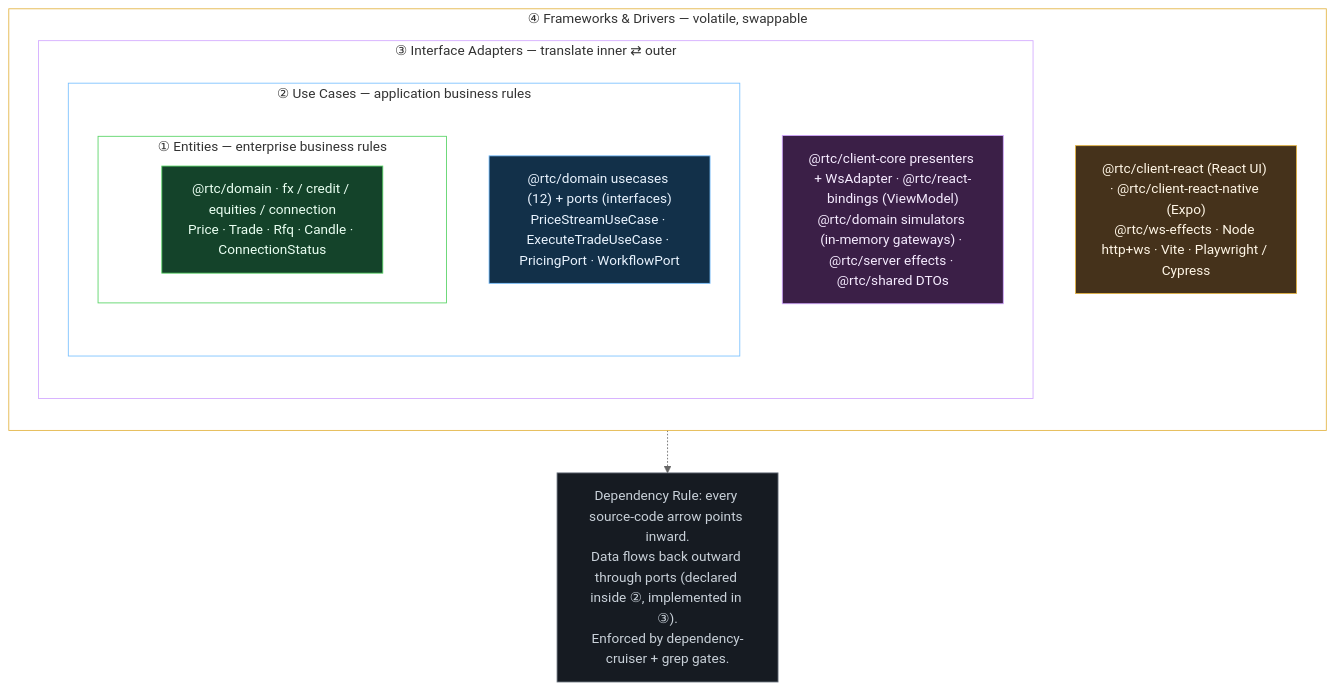
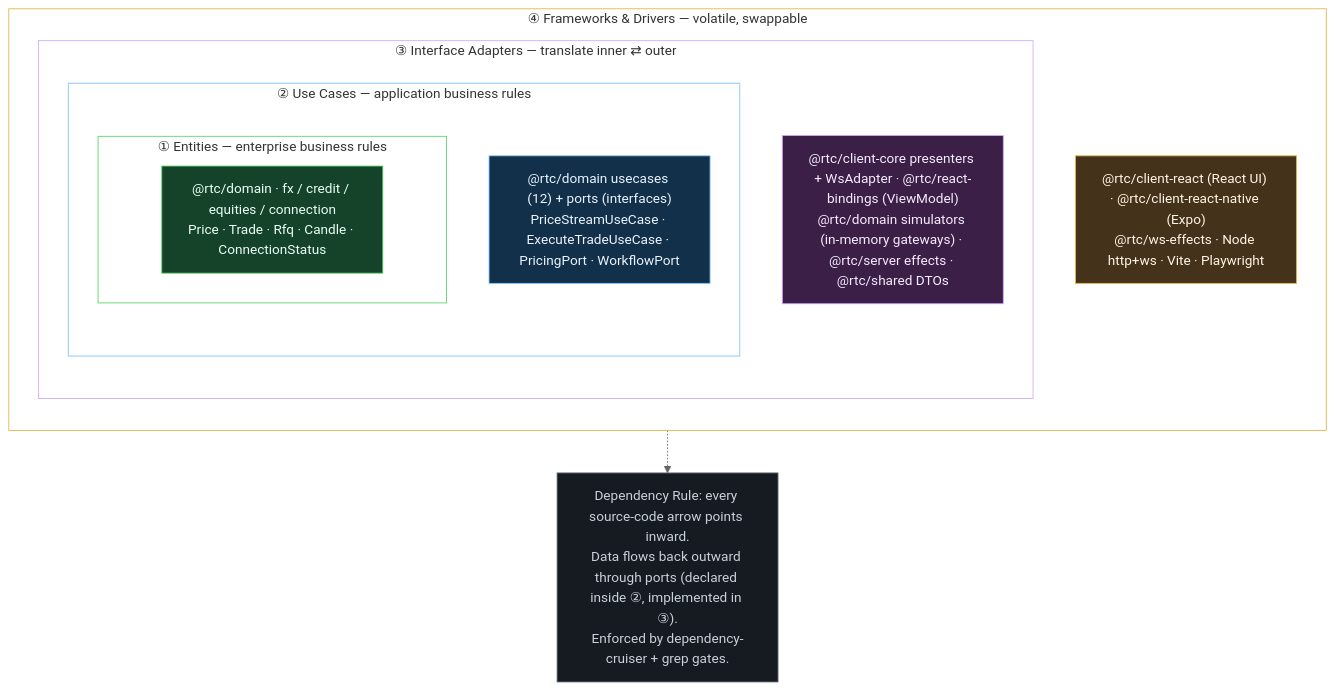
One commit to bettersoftware-io/ReactiveTraderCloudClone changed the second of 3 diagrams in docs/architecture/01-overview.md. Above: the diagram before and after it, drawn with Mermaid (neutral theme). The commit also changed other lines of this file and 80 other files, not shown here.

First line of the commit message:
refactor(e2e)!: delete both Cypress suites — native Playwright is the browser-driver verdict

````diff
--- a/docs/architecture/01-overview.md
+++ b/docs/architecture/01-overview.md
@@ -93,30 +93,30 @@
 ```mermaid
 flowchart TB
   subgraph FW["④ Frameworks & Drivers — volatile, swappable"]
     direction TB
     subgraph IA["③ Interface Adapters — translate inner ⇄ outer"]
       direction TB
       subgraph UC["② Use Cases — application business rules"]
         direction TB
         subgraph EN["① Entities — enterprise business rules"]
           ent["@rtc/domain · fx / credit / equities / connection<br/>Price · Trade · Rfq · Candle · ConnectionStatus"]:::en
         end
         uc["@rtc/domain usecases (12) + ports (interfaces)<br/>PriceStreamUseCase · ExecuteTradeUseCase · PricingPort · WorkflowPort"]:::uc
       end
       ia["@rtc/client-core presenters + WsAdapter · @rtc/react-bindings (ViewModel)<br/>@rtc/domain simulators (in-memory gateways) · @rtc/server effects · @rtc/shared DTOs"]:::ia
     end
-    fw["@rtc/client-react (React UI) · @rtc/client-react-native (Expo)<br/>@rtc/ws-effects · Node http+ws · Vite · Playwright / Cypress"]:::fw
+    fw["@rtc/client-react (React UI) · @rtc/client-react-native (Expo)<br/>@rtc/ws-effects · Node http+ws · Vite · Playwright"]:::fw
   end
   note["Dependency Rule: every source-code arrow points inward.<br/>Data flows back outward through ports (declared inside ②, implemented in ③).<br/>Enforced by dependency-cruiser + grep gates."]:::noteC
   FW -.-> note
 
   classDef en fill:#14432a,stroke:#56d364,color:#eafff2
   classDef uc fill:#123049,stroke:#79c0ff,color:#eaf4ff
   classDef ia fill:#3b1f47,stroke:#d2a8ff,color:#f6ecff
   classDef fw fill:#45321b,stroke:#e3b341,color:#fff6e6
   classDef noteC fill:#161b22,stroke:#6e7681,color:#c9d1d9
   style EN fill:none,stroke:#56d364
   style UC fill:none,stroke:#79c0ff
   style IA fill:none,stroke:#d2a8ff
   style FW fill:none,stroke:#e3b341
 ```
````
